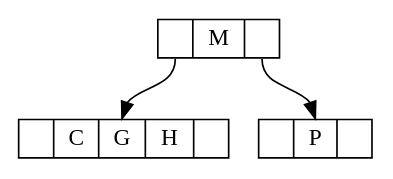
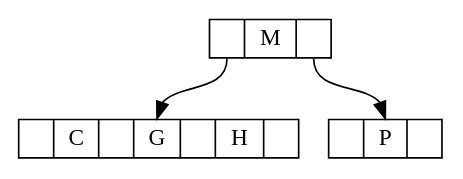
Before and after one commit to ericfode/CS320: the diagram in Assignment 4/step5.dot, drawn with Graphviz. The commit also changed 10 other files, not shown here.

```diff
--- a/Assignment 4/step5.dot
+++ b/Assignment 4/step5.dot
@@ -1,10 +1,9 @@
 digraph one {
 	node [shape = record, height=.1];
 	node0[label = "<f0> | <f1> M | <f2> "];
-	node1[label = "<f0> | <f1> C | <f2> G |<f3> H | <f4> "];
+	node1[label = "<f0> | <f1> C || <f2> G ||<f3> H | <f4> "];
 	node2[label = "<f0> | <f1> P | <f2> "];
 	
 	"node0":f0 -> "node1":f2;
 	"node0":f2 -> "node2":f1;
-
 }
```
